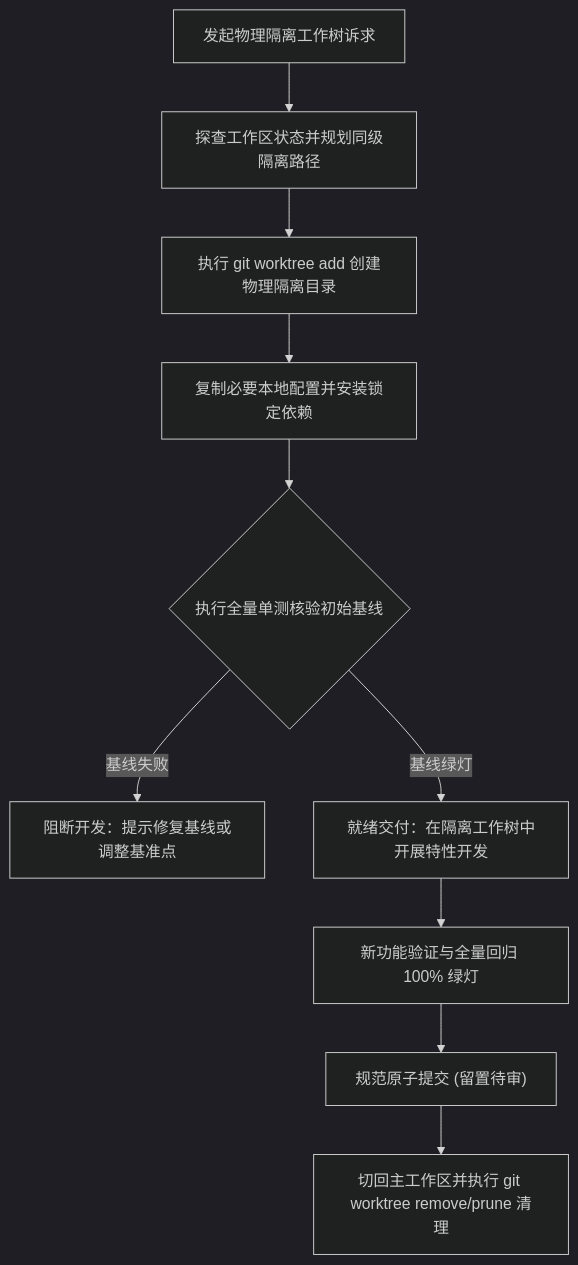
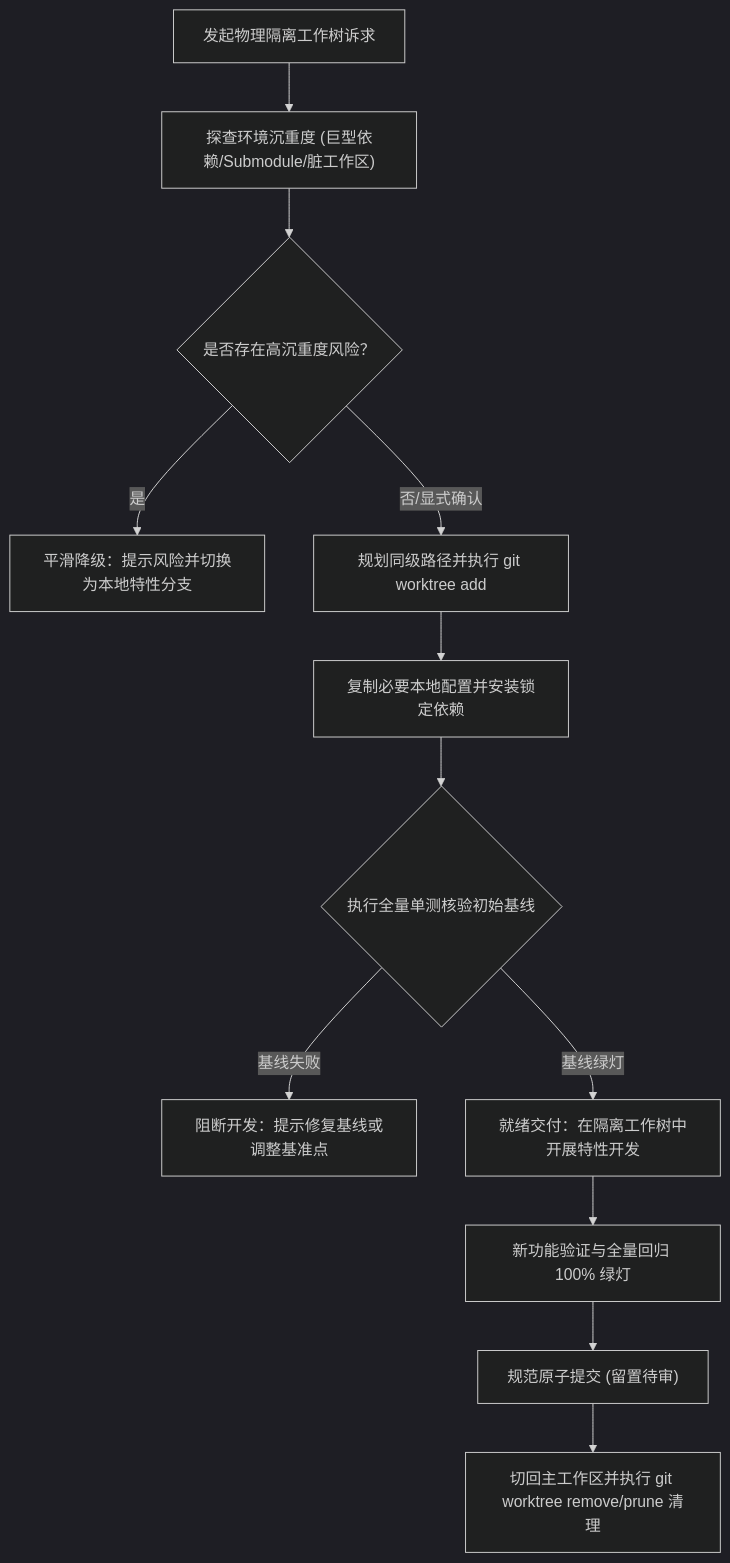
Before and after one commit to atengk/skills: the diagram in docs/skills/at-worktree.md, drawn with Mermaid (dark theme). The commit also changed other lines of this file and 5 other files, not shown here.

````diff
--- a/docs/skills/at-worktree.md
+++ b/docs/skills/at-worktree.md
@@ -42,12 +42,14 @@
 ```mermaid
 flowchart TD
-    Start["发起物理隔离工作树诉求"] --> Probe["探查工作区状态并规划同级隔离路径"]
-    Probe --> Create["执行 git worktree add 创建物理隔离目录"]
+    Start["发起物理隔离工作树诉求"] --> Probe["探查环境沉重度 (巨型依赖/Submodule/脏工作区)"]
+    Probe --> HeavyCheck{"是否存在高沉重度风险？"}
+    HeavyCheck -- 是 --> Fallback["平滑降级：提示风险并切换为本地特性分支"]
+    HeavyCheck -- 否/显式确认 --> Create["规划同级路径并执行 git worktree add"]
     Create --> Align["复制必要本地配置并安装锁定依赖"]
     Align --> Baseline{"执行全量单测核验初始基线"}
     Baseline -- 基线失败 --> Halt["阻断开发：提示修复基线或调整基准点"]
     Baseline -- 基线绿灯 --> Dev["就绪交付：在隔离工作树中开展特性开发"]
     Dev --> Verify["新功能验证与全量回归 100% 绿灯"]
     Verify --> Commit["规范原子提交 (留置待审)"]
     Commit --> Cleanup["切回主工作区并执行 git worktree remove/prune 清理"]
 ```
````
